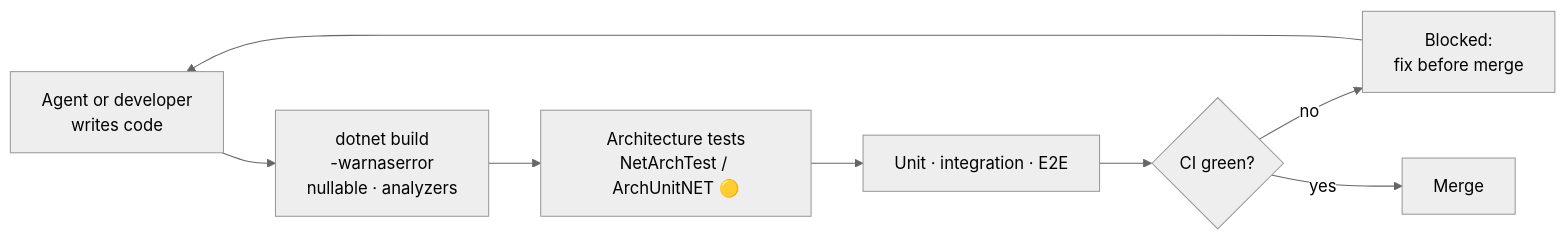
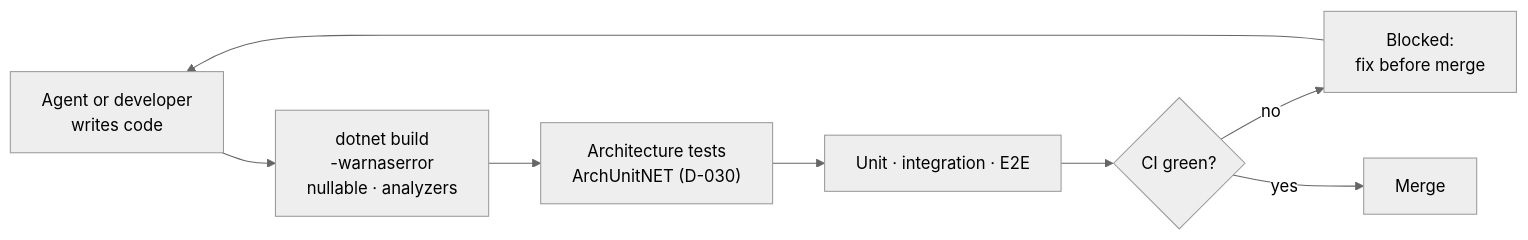
The seventh of 18 diagrams in docs/architecture.md (Gafion/FitnessCenterSystem), drawn with Mermaid (neutral theme) before and after one commit. The commit also changed other lines of this file and 36 other files, not shown here.

First line of the commit message:
FIT-31 step 4: Identity and Members module shells, architecture tests (D-028, D-030, D-031)

````diff
--- a/docs/architecture.md
+++ b/docs/architecture.md
@@ -246,10 +247,10 @@
 ```mermaid
 flowchart LR
   DEV["Agent or developer<br/>writes code"] --> BUILD["dotnet build<br/>-warnaserror<br/>nullable · analyzers"]
-  BUILD --> ARCH["Architecture tests<br/>NetArchTest / ArchUnitNET 🟡"]
+  BUILD --> ARCH["Architecture tests<br/>ArchUnitNET (D-030)"]
   ARCH --> TESTS["Unit · integration · E2E"]
   TESTS --> CI{"CI green?"}
   CI -->|no| FIX["Blocked:<br/>fix before merge"]
   CI -->|yes| MERGE["Merge"]
   FIX --> DEV
 ```
````
